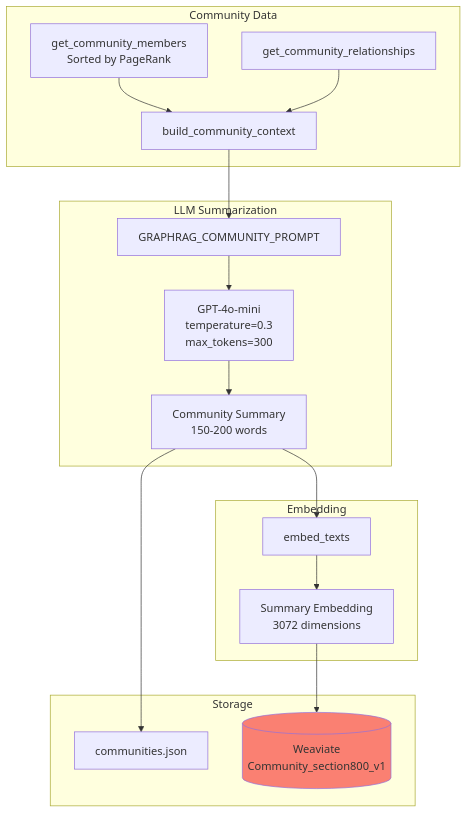
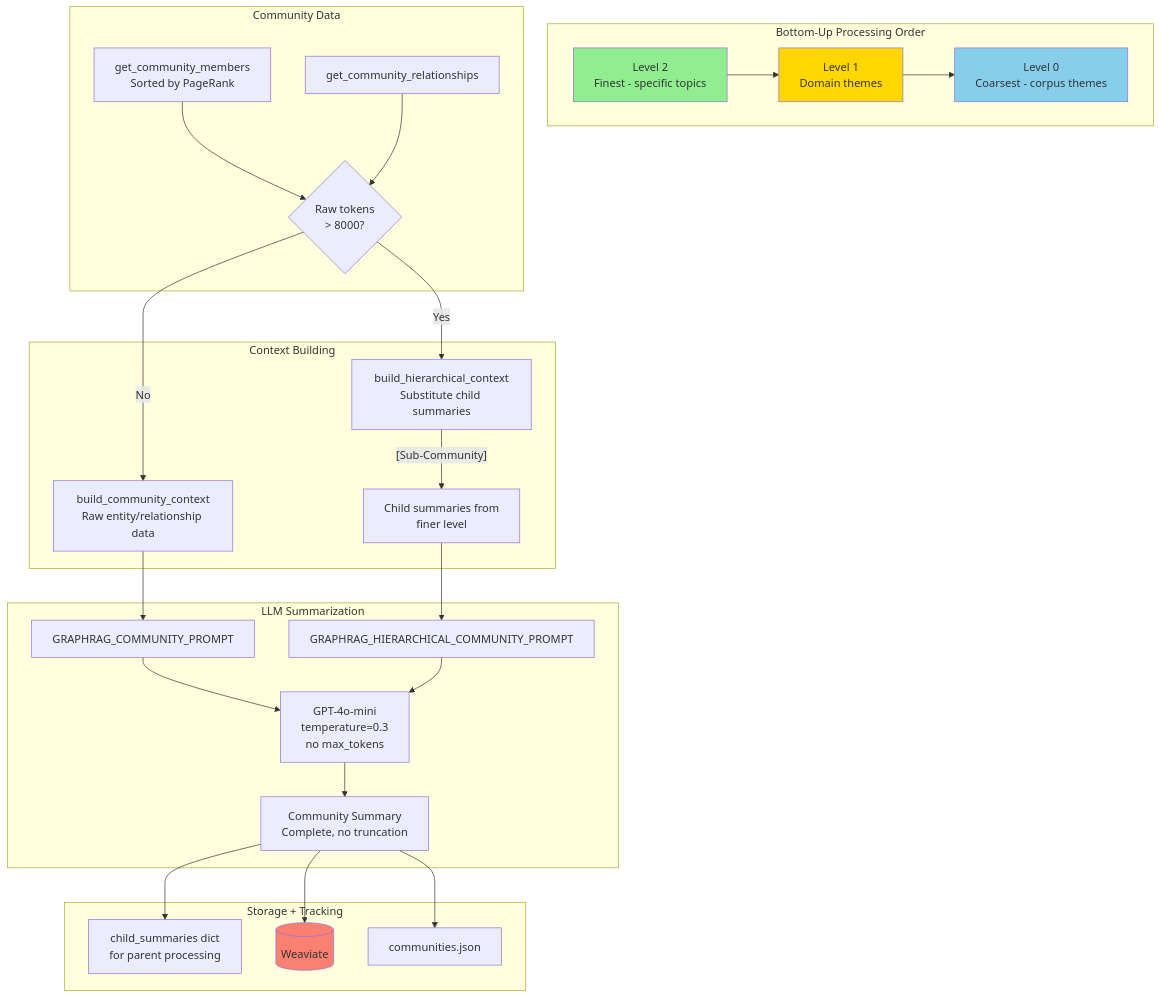
One commit to crlsrmrlsz/raglab changed the fifth of 8 diagrams in memory-bank/graphrag/graphrag_raglab_implementation.md. Above: the diagram before and after it, drawn with Mermaid. The commit also changed other lines of this file and 4 other files, not shown here.

First line of the commit message:
feat(graphrag): implement Microsoft bottom-up community summarization

````diff
--- a/memory-bank/graphrag/graphrag_raglab_implementation.md
+++ b/memory-bank/graphrag/graphrag_raglab_implementation.md
@@ -364,25 +370,37 @@
 ```mermaid
 flowchart TB
+    subgraph Order["Bottom-Up Processing Order"]
+        L2[Level 2<br/>Finest - specific topics] --> L1[Level 1<br/>Domain themes]
+        L1 --> L0[Level 0<br/>Coarsest - corpus themes]
+    end
+
     subgraph Input["Community Data"]
-        MEMBERS[get_community_members<br/>Sorted by PageRank] --> CTX[build_community_context]
-        RELS[get_community_relationships] --> CTX
+        MEMBERS[get_community_members<br/>Sorted by PageRank] --> CHECK{Raw tokens<br/>> 8000?}
+        RELS[get_community_relationships] --> CHECK
+    end
+
+    subgraph Context["Context Building"]
+        CHECK --> |No| RAW[build_community_context<br/>Raw entity/relationship data]
+        CHECK --> |Yes| HIER[build_hierarchical_context<br/>Substitute child summaries]
+        HIER --> |"[Sub-Community]"| CHILD[Child summaries from<br/>finer level]
     end
 
     subgraph Summarize["LLM Summarization"]
-        CTX --> PROMPT[GRAPHRAG_COMMUNITY_PROMPT]
-        PROMPT --> LLM[GPT-4o-mini<br/>temperature=0.3<br/>max_tokens=300]
-        LLM --> SUMMARY[Community Summary<br/>150-200 words]
+        RAW --> PROMPT1[GRAPHRAG_COMMUNITY_PROMPT]
+        CHILD --> PROMPT2[GRAPHRAG_HIERARCHICAL_COMMUNITY_PROMPT]
+        PROMPT1 --> LLM[GPT-4o-mini<br/>temperature=0.3<br/>no max_tokens]
+        PROMPT2 --> LLM
+        LLM --> SUMMARY[Community Summary<br/>Complete, no truncation]
     end
 
-    subgraph Embed["Embedding"]
-        SUMMARY --> EMBED[embed_texts]
-        EMBED --> VECTOR[Summary Embedding<br/>3072 dimensions]
-    end
-
-    subgraph Store["Storage"]
+    subgraph Store["Storage + Tracking"]
+        SUMMARY --> TRACK[child_summaries dict<br/>for parent processing]
+        SUMMARY --> WEAVIATE[(Weaviate)]
         SUMMARY --> JSON[communities.json]
-        VECTOR --> WEAVIATE[(Weaviate<br/>Community_section800_v1)]
     end
 
     style WEAVIATE fill:#fa8072
+    style L2 fill:#90EE90
+    style L1 fill:#FFD700
+    style L0 fill:#87CEEB
 ```
````
